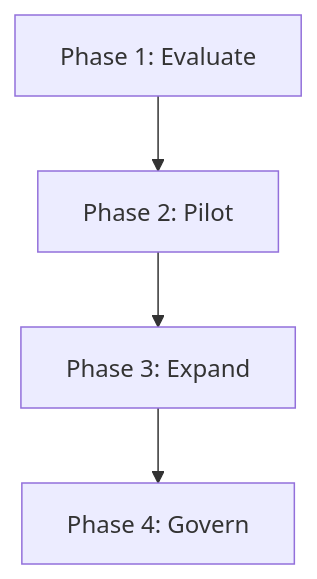
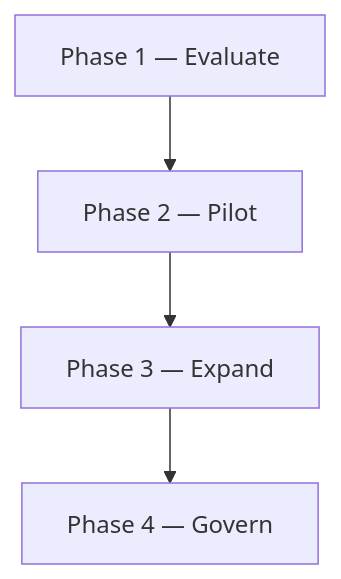
The sixth of 8 diagrams in data-platforms/osi/OSI_적용_참고서.md (sangyun628/research), drawn with Mermaid before and after one commit. The commit also changed other lines of this file, not shown here.

First line of the commit message:
fix(osi): mermaid 다이어그램 8개 파싱 에러 수정

````diff
--- a/data-platforms/osi/OSI_적용_참고서.md
+++ b/data-platforms/osi/OSI_적용_참고서.md
@@ -560,8 +560,8 @@
 ```mermaid
 flowchart TD
-    P1[Phase 1: Evaluate]
-    P2[Phase 2: Pilot]
-    P3[Phase 3: Expand]
-    P4[Phase 4: Govern]
+    P1["Phase 1 — Evaluate"]
+    P2["Phase 2 — Pilot"]
+    P3["Phase 3 — Expand"]
+    P4["Phase 4 — Govern"]
     P1 --> P2 --> P3 --> P4
 ```
````
